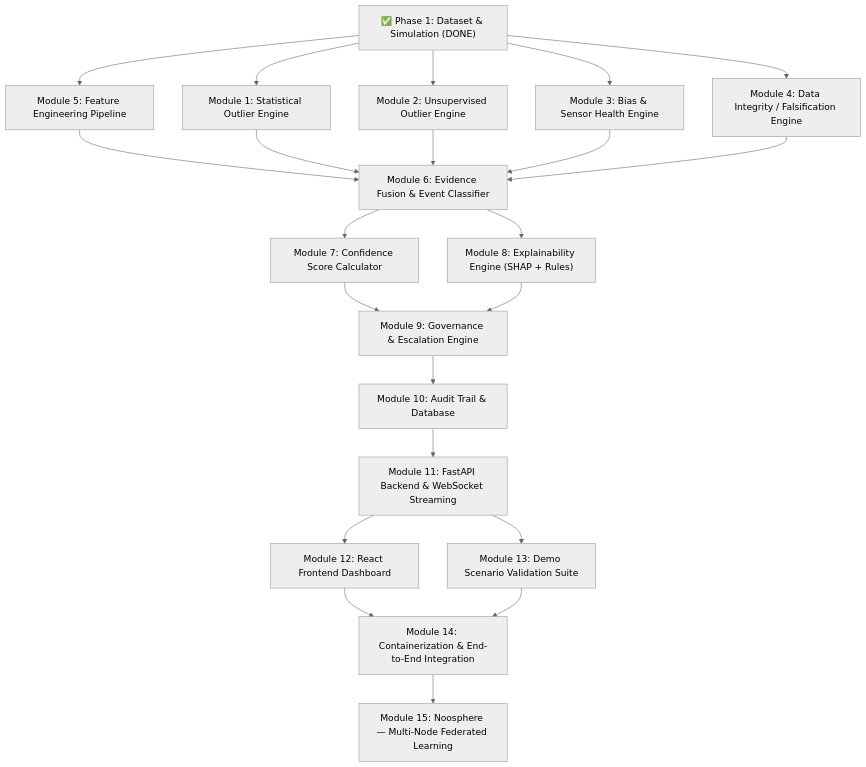
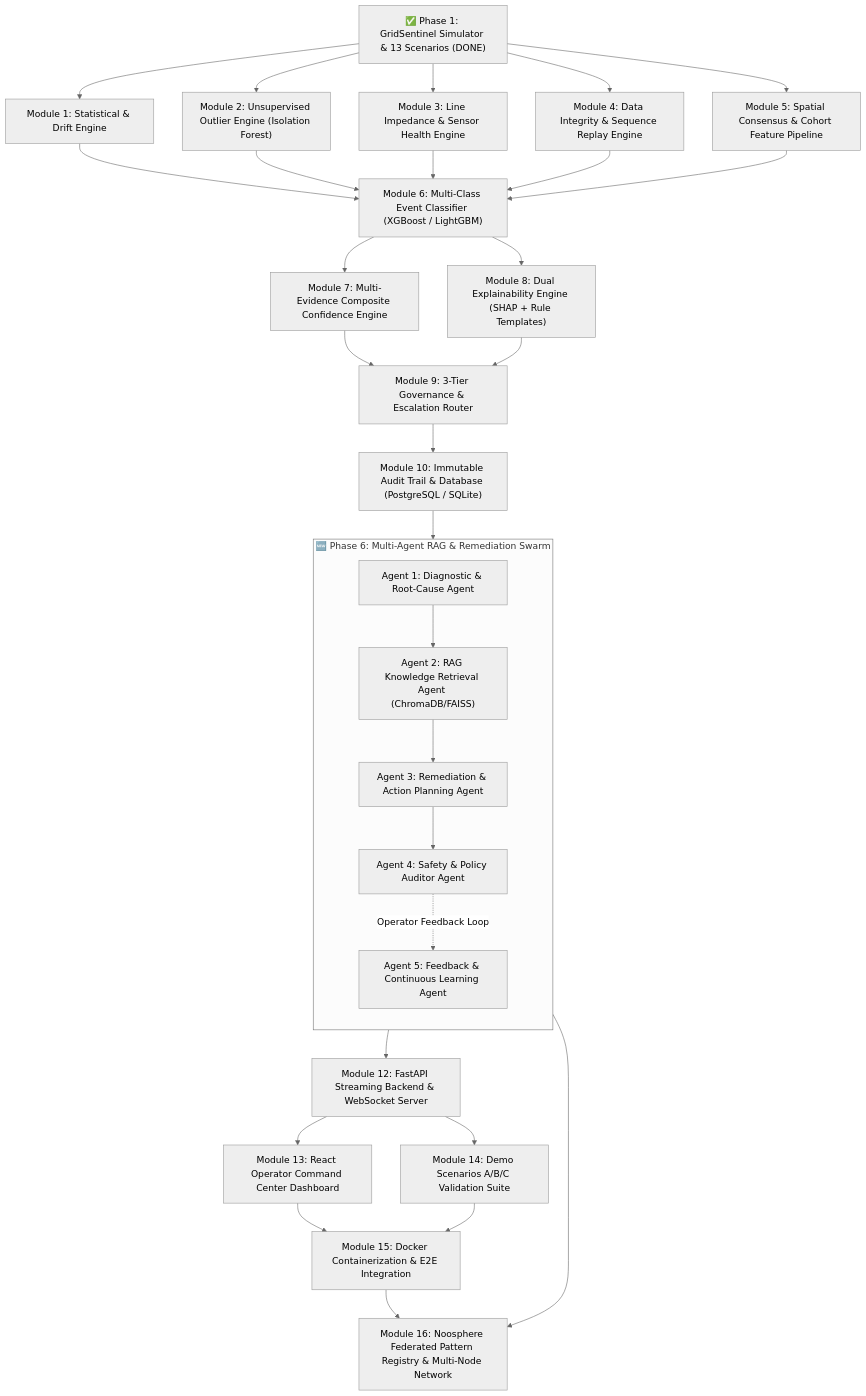
The first of 2 diagrams in EnergyMind_Execution_Plan.md (khaled214566/TSYP-PES), drawn with Mermaid (neutral theme) before and after one commit. The commit also changed other lines of this file and 15 other files, not shown here.

````diff
--- a/EnergyMind_Execution_Plan.md
+++ b/EnergyMind_Execution_Plan.md
@@ -10,41 +10,44 @@
 ```mermaid
 flowchart TD
-    P1["✅ Phase 1: Dataset & Simulation (DONE)"]
-    M1["Module 1: Statistical Outlier Engine"]
-    M2["Module 2: Unsupervised Outlier Engine"]
-    M3["Module 3: Bias & Sensor Health Engine"]
-    M4["Module 4: Data Integrity / Falsification Engine"]
-    M5["Module 5: Feature Engineering Pipeline"]
-    M6["Module 6: Evidence Fusion & Event Classifier"]
-    M7["Module 7: Confidence Score Calculator"]
-    M8["Module 8: Explainability Engine (SHAP + Rules)"]
-    M9["Module 9: Governance & Escalation Engine"]
-    M10["Module 10: Audit Trail & Database"]
-    M11["Module 11: FastAPI Backend & WebSocket Streaming"]
-    M12["Module 12: React Frontend Dashboard"]
-    M13["Module 13: Demo Scenario Validation Suite"]
-    M14["Module 14: Containerization & End-to-End Integration"]
-    M15["Module 15: Noosphere — Multi-Node Federated Learning"]
+    P1["✅ Phase 1: GridSentinel Simulator & 13 Scenarios (DONE)"]
+    M1["Module 1: Statistical & Drift Engine"]
+    M2["Module 2: Unsupervised Outlier Engine (Isolation Forest)"]
+    M3["Module 3: Line Impedance & Sensor Health Engine"]
+    M4["Module 4: Data Integrity & Sequence Replay Engine"]
+    M5["Module 5: Spatial Consensus & Cohort Feature Pipeline"]
+    M6["Module 6: Multi-Class Event Classifier (XGBoost / LightGBM)"]
+    M7["Module 7: Multi-Evidence Composite Confidence Engine"]
+    M8["Module 8: Dual Explainability Engine (SHAP + Rule Templates)"]
+    M9["Module 9: 3-Tier Governance & Escalation Router"]
+    M10["Module 10: Immutable Audit Trail & Database (PostgreSQL / SQLite)"]
+    
+    subgraph MultiAgentLayer["🆕 Phase 6: Multi-Agent RAG & Remediation Swarm"]
+        direction TB
+        AG1["Agent 1: Diagnostic & Root-Cause Agent"]
+        AG2["Agent 2: RAG Knowledge Retrieval Agent (ChromaDB/FAISS)"]
+        AG3["Agent 3: Remediation & Action Planning Agent"]
+        AG4["Agent 4: Safety & Policy Auditor Agent"]
+        AG5["Agent 5: Feedback & Continuous Learning Agent"]
+        
+        AG1 --> AG2 --> AG3 --> AG4
+        AG4 -.->|Operator Feedback Loop| AG5
+    end
 
-    P1 --> M5
-    P1 --> M1
-    P1 --> M2
-    P1 --> M3
-    P1 --> M4
-    M5 --> M6
-    M1 --> M6
-    M2 --> M6
-    M3 --> M6
-    M4 --> M6
-    M6 --> M7
-    M6 --> M8
-    M7 --> M9
-    M8 --> M9
+    M11["Module 12: FastAPI Streaming Backend & WebSocket Server"]
+    M12["Module 13: React Operator Command Center Dashboard"]
+    M13["Module 14: Demo Scenarios A/B/C Validation Suite"]
+    M15["Module 15: Docker Containerization & E2E Integration"]
+    M16["Module 16: Noosphere Federated Pattern Registry & Multi-Node Network"]
+
+    P1 --> M1 & M2 & M3 & M4 & M5
+    M1 & M2 & M3 & M4 & M5 --> M6
+    M6 --> M7 & M8
+    M7 & M8 --> M9
     M9 --> M10
-    M10 --> M11
-    M11 --> M12
-    M11 --> M13
-    M12 --> M14
-    M13 --> M14
-    M14 --> M15
+    M10 --> AG1
+    AG4 --> M11
+    AG5 --> M16
+    M11 --> M12 & M13
+    M12 & M13 --> M15
+    M15 --> M16
 ```
````
